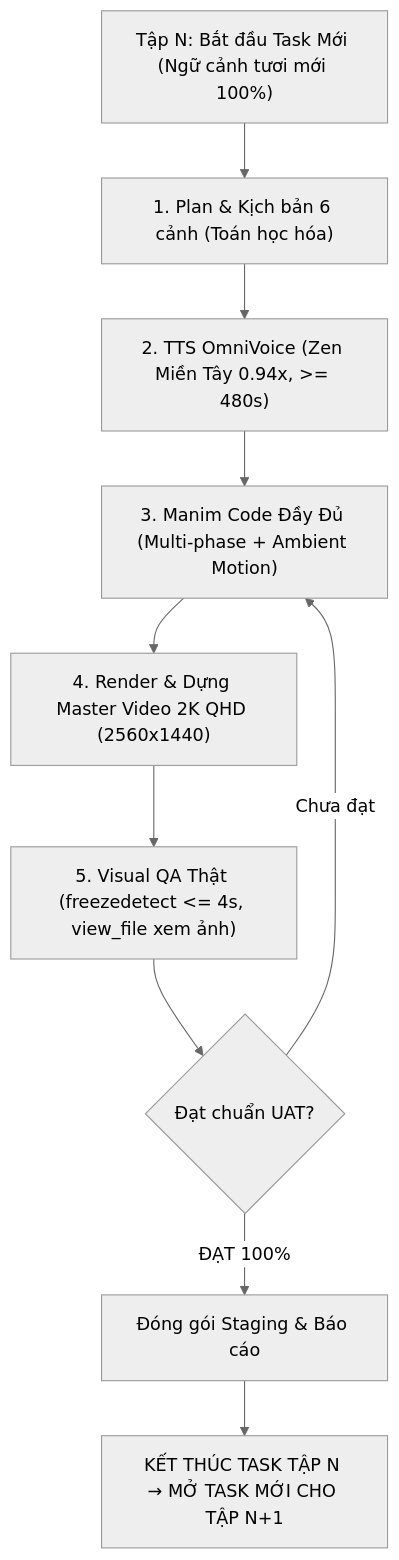
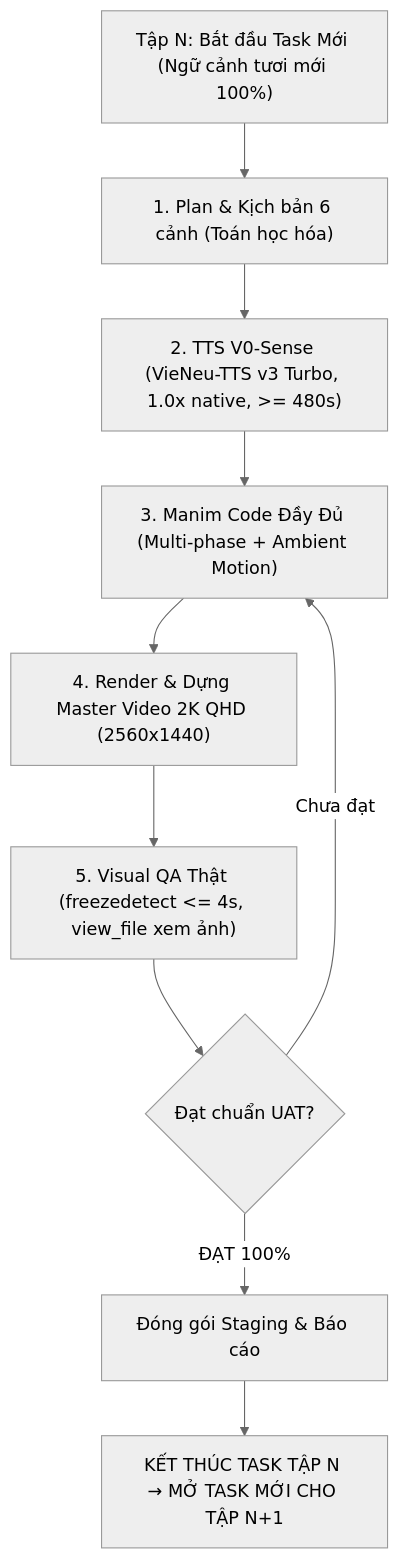
The diagram in .agents/rules/manim_masterclass_rules.md (zenphamgeek/hermes-agent), drawn with Mermaid (neutral theme) before and after one commit. The commit also changed 10 other files, not shown here.

````diff
--- a/.agents/rules/manim_masterclass_rules.md
+++ b/.agents/rules/manim_masterclass_rules.md
@@ -115,12 +115,12 @@
 ```mermaid
 graph TD
     A["Tập N: Bắt đầu Task Mới (Ngữ cảnh tươi mới 100%)"] --> B["1. Plan & Kịch bản 6 cảnh (Toán học hóa)"]
-    B --> C["2. TTS OmniVoice (Zen Miền Tây 0.94x, >= 480s)"]
+    B --> C["2. TTS V0-Sense (VieNeu-TTS v3 Turbo, 1.0x native, >= 480s)"]
     C --> D["3. Manim Code Đầy Đủ (Multi-phase + Ambient Motion)"]
     D --> E["4. Render & Dựng Master Video 2K QHD (2560x1440)"]
     E --> F["5. Visual QA Thật (freezedetect <= 4s, view_file xem ảnh)"]
     F --> G{"Đạt chuẩn UAT?"}
     G -- "Chưa đạt" --> D
     G -- "ĐẠT 100%" --> H["Đóng gói Staging & Báo cáo"]
     H --> I["KẾT THÚC TASK TẬP N → MỞ TASK MỚI CHO TẬP N+1"]
 ```
````
